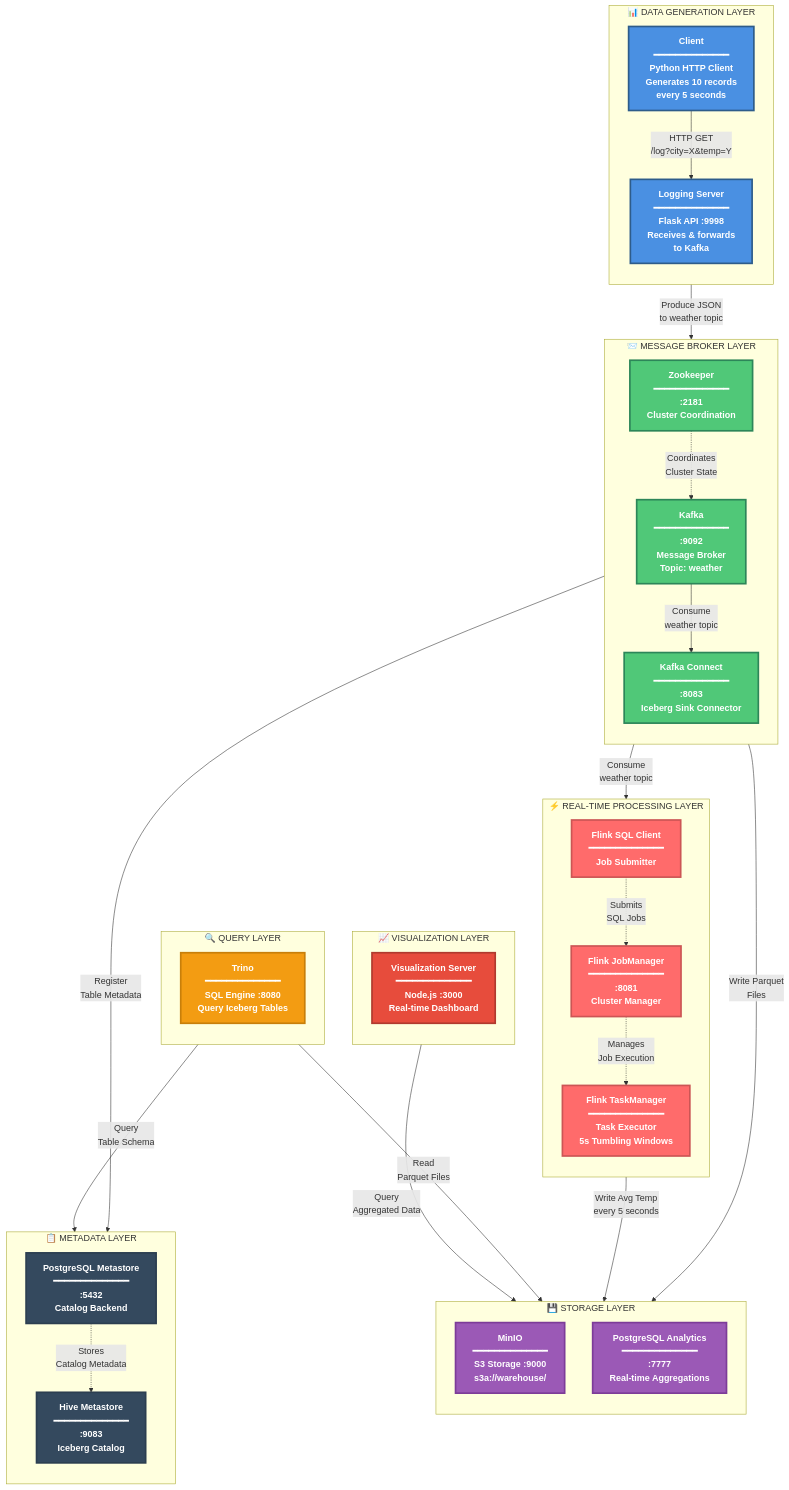
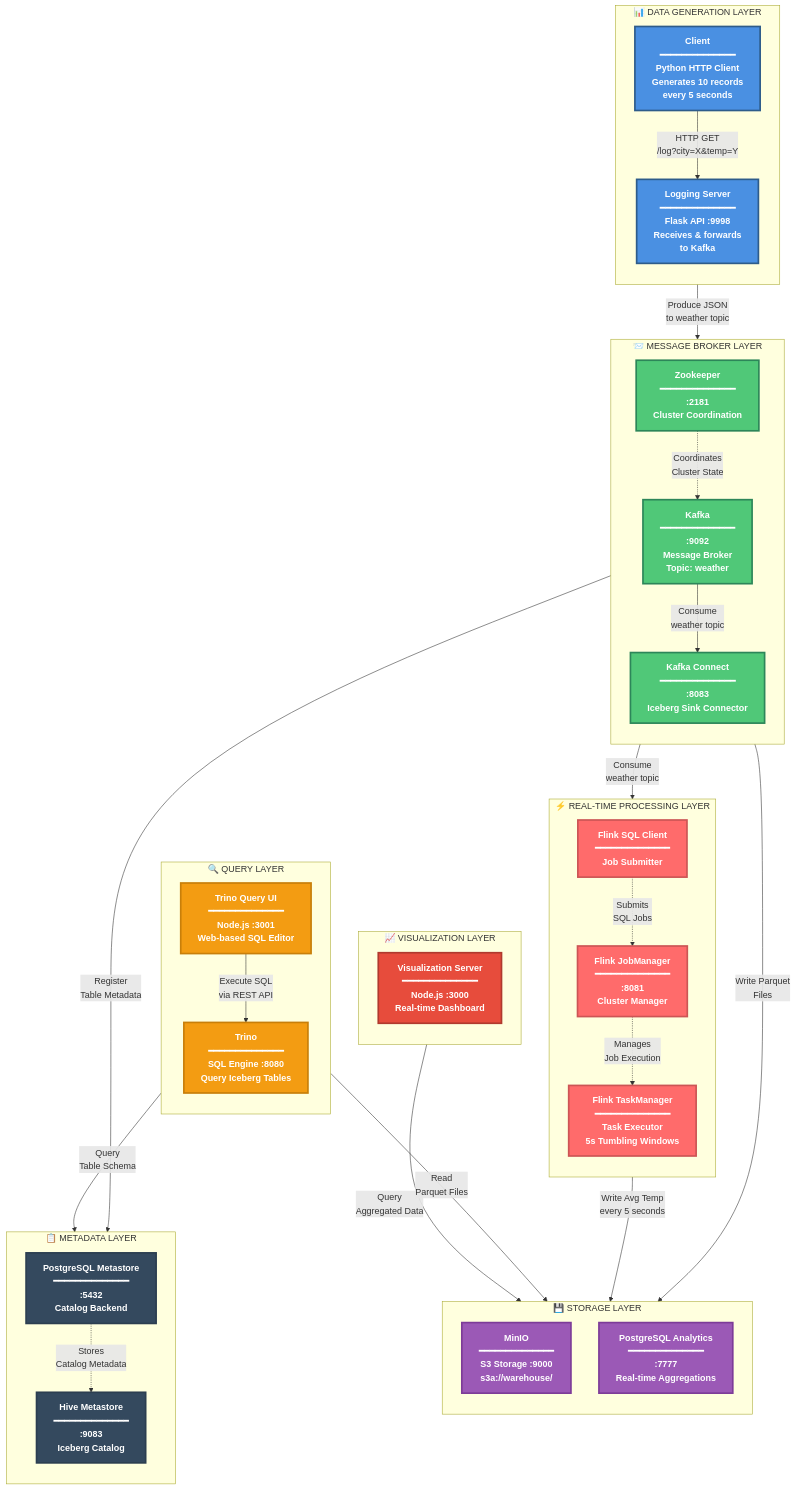
Before and after one commit to rejithry/data-pipeline-local: the first of 2 diagrams in README.md, drawn with Mermaid. The commit also changed other lines of this file and 5 other files, not shown here.

````diff
--- a/README.md
+++ b/README.md
@@ -56,6 +56,7 @@
     subgraph QUERY["🔍 QUERY LAYER"]
         direction TB
         Trino["Trino<br/>━━━━━━━━━━━━━━<br/>SQL Engine :8080<br/>Query Iceberg Tables"]
+        TrinoQueryUI["Trino Query UI<br/>━━━━━━━━━━━━━━<br/>Node.js :3001<br/>Web-based SQL Editor"]
     end
     
     %% Visualization Layer
@@ -88,6 +89,7 @@
     %% Query Flow
     Trino -->|Query<br/>Table Schema| HiveMetastore
     Trino -->|Read<br/>Parquet Files| MinIO
+    TrinoQueryUI -->|Execute SQL<br/>via REST API| Trino
     
     %% Visualization Flow
     VizServer -->|Query<br/>Aggregated Data| PostgresAnalytics
@@ -98,6 +100,6 @@
     class FlinkJM,FlinkTM,FlinkSQL processing
     class MinIO,PostgresAnalytics storage
     class PostgreSQL,HiveMetastore metadata
-    class Trino query
+    class Trino,TrinoQueryUI query
     class VizServer viz
 ```
````
